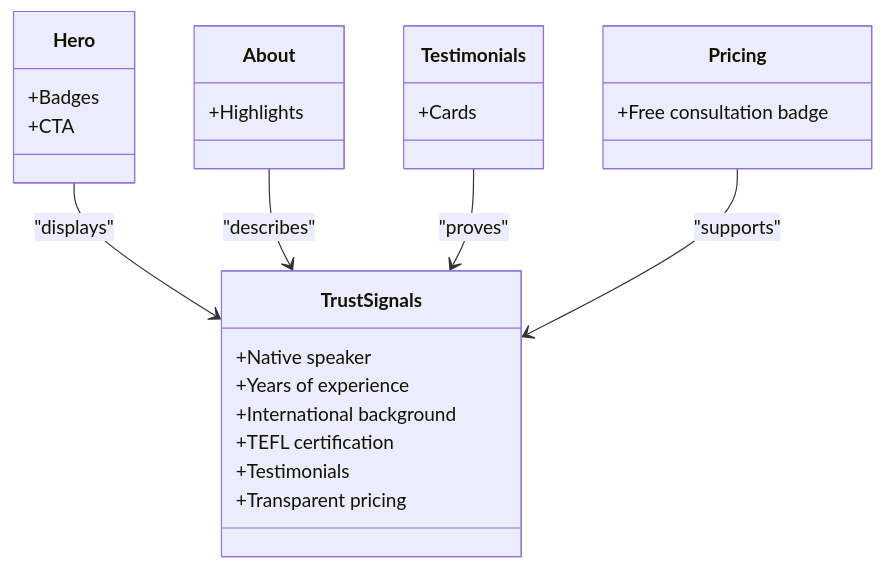
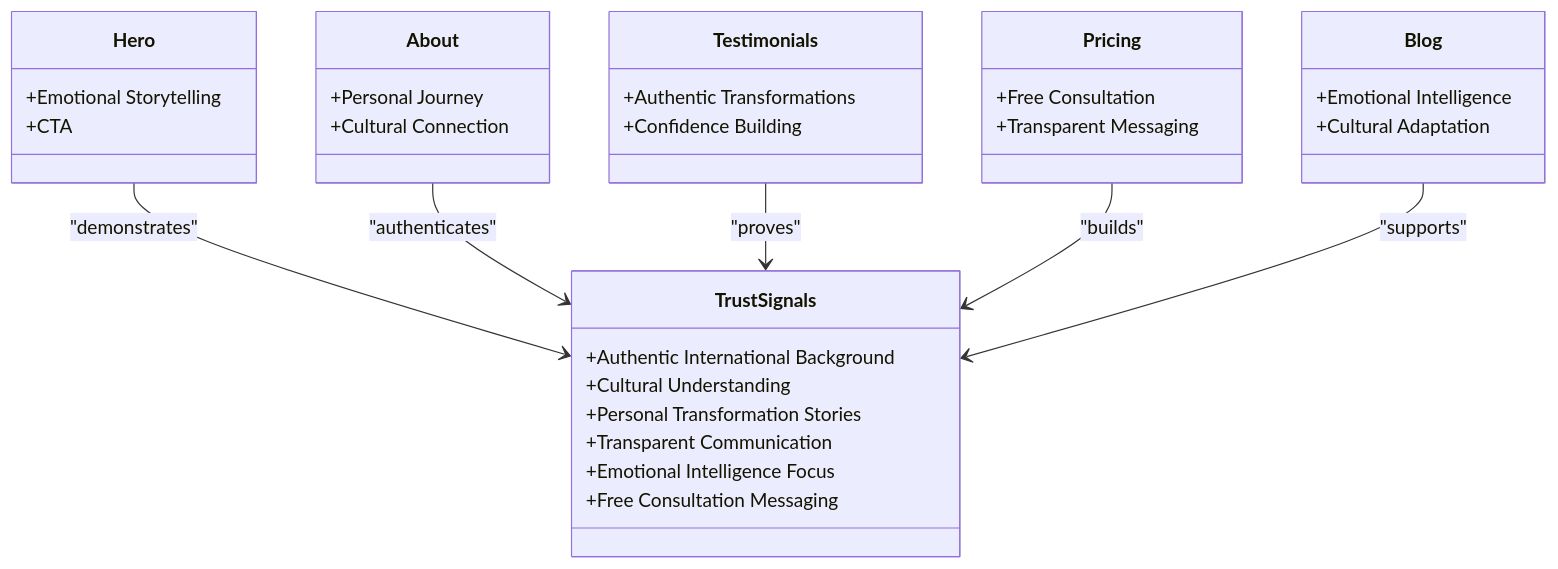
One commit to lynchip/graduates changed the fourth of 8 diagrams in .qoder/repowiki/en/content/Project Overview/Marketing Approach & Conversion Strategy.md. Above: the diagram before and after it, drawn with Mermaid. The commit also changed other lines of this file and 12 other files, not shown here.

````diff
--- a/.qoder/repowiki/en/content/Project Overview/Marketing Approach & Conversion Strategy.md
+++ b/.qoder/repowiki/en/content/Project Overview/Marketing Approach & Conversion Strategy.md
@@ -160,28 +173,36 @@
 ```mermaid
 classDiagram
 class TrustSignals {
-+Native speaker
-+Years of experience
-+International background
-+TEFL certification
-+Testimonials
-+Transparent pricing
++Authentic International Background
++Cultural Understanding
++Personal Transformation Stories
++Transparent Communication
++Emotional Intelligence Focus
++Free Consultation Messaging
 }
 class Hero {
-+Badges
++Emotional Storytelling
 +CTA
 }
 class About {
-+Highlights
++Personal Journey
++Cultural Connection
 }
 class Testimonials {
-+Cards
++Authentic Transformations
++Confidence Building
 }
 class Pricing {
-+Free consultation badge
++Free Consultation
++Transparent Messaging
 }
-Hero --> TrustSignals : "displays"
-About --> TrustSignals : "describes"
+class Blog {
++Emotional Intelligence
++Cultural Adaptation
+}
+Hero --> TrustSignals : "demonstrates"
+About --> TrustSignals : "authenticates"
 Testimonials --> TrustSignals : "proves"
-Pricing --> TrustSignals : "supports"
+Pricing --> TrustSignals : "builds"
+Blog --> TrustSignals : "supports"
 ```
````
